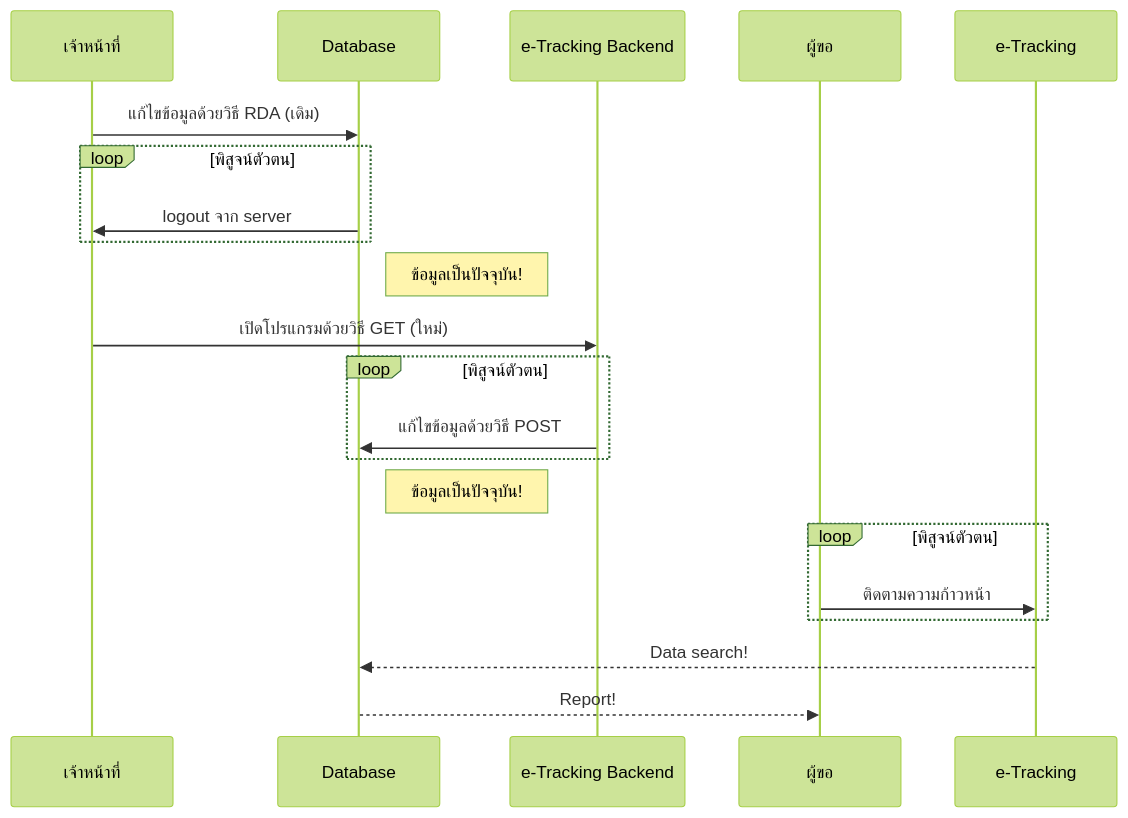
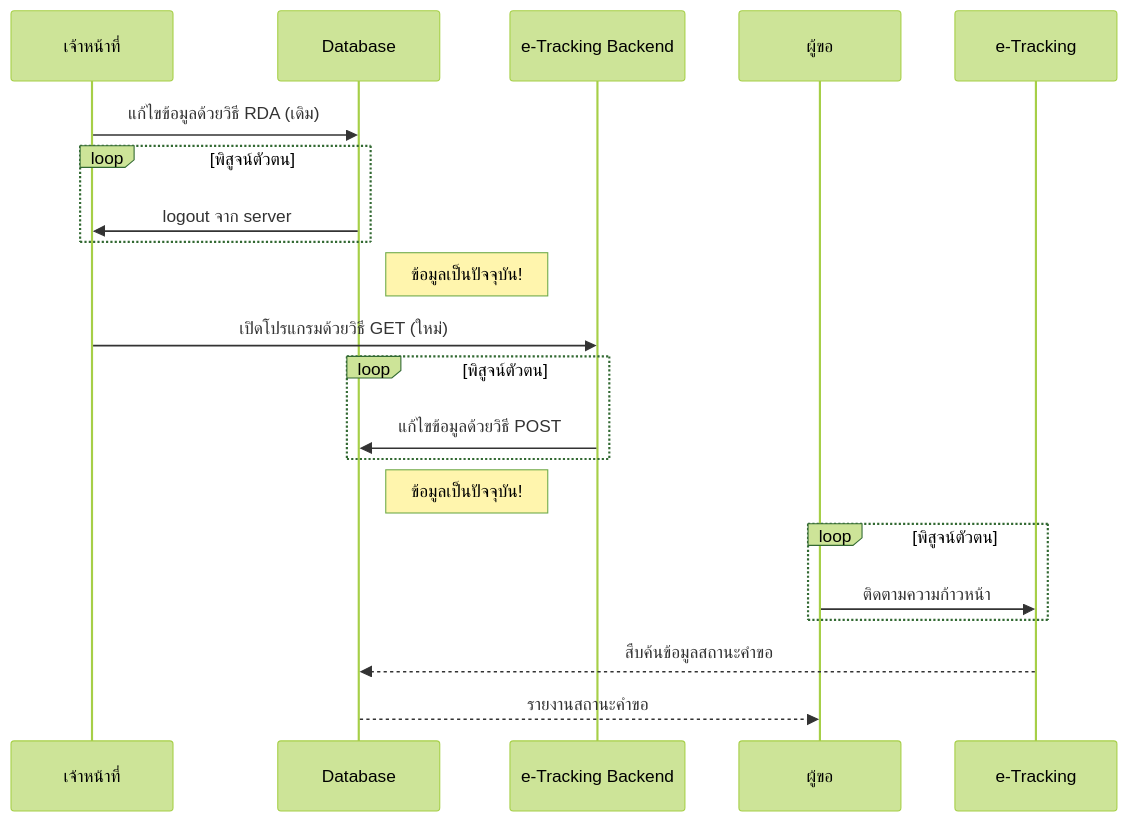
The second of 2 diagrams in README.md (Kietpawpan/e-tracking), drawn with Mermaid (forest theme) before and after one commit.

````diff
--- a/README.md
+++ b/README.md
@@ -28,18 +28,18 @@
 ```mermaid
 sequenceDiagram
 เจ้าหน้าที่->>Database: แก้ไขข้อมูลด้วยวิธี RDA (เดิม)
 loop พิสูจน์ตัวตน
 Database->>เจ้าหน้าที่: logout จาก server
 end
 Note right of Database: ข้อมูลเป็นปัจจุบัน!
 เจ้าหน้าที่->>e-Tracking Backend: เปิดโปรแกรมด้วยวิธี GET (ใหม่)
 loop พิสูจน์ตัวตน
     e-Tracking Backend->>Database: แก้ไขข้อมูลด้วยวิธี POST
 end
 Note right of Database: ข้อมูลเป็นปัจจุบัน!
 loop พิสูจน์ตัวตน
 ผู้ขอ->>e-Tracking: ติดตามความก้าวหน้า
 end
-e-Tracking-->>Database: Data search!
-Database-->>ผู้ขอ: Report!
+e-Tracking-->>Database: สืบค้นข้อมูลสถานะคำขอ
+Database-->>ผู้ขอ: รายงานสถานะคำขอ
 ```
````
